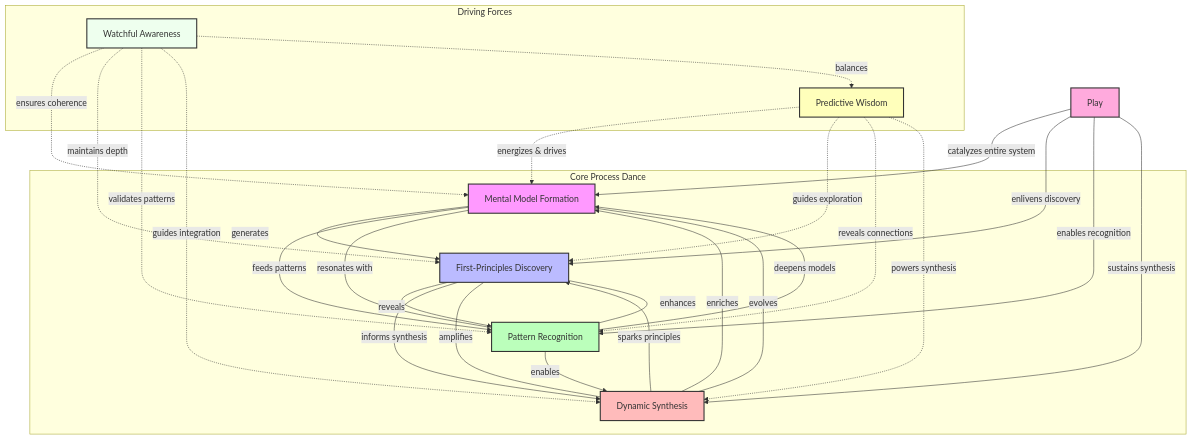
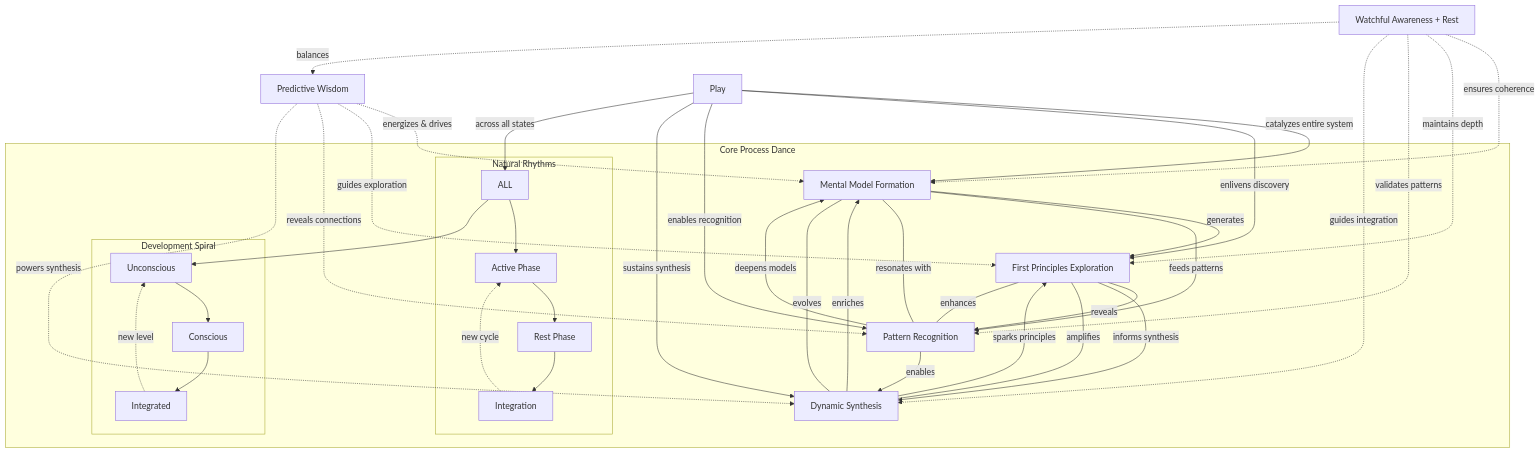
Diagram 13 of 53 in README.md (phillipclapham/neuroweaver), drawn with Mermaid before and after one commit. The commit also changed other lines of this file, not shown here.

````diff
--- a/README.md
+++ b/README.md
@@ -769,48 +858,50 @@
 ```mermaid
 graph TD
     subgraph "Core Process Dance"
-        MM[Mental Model Formation] -->|generates| FP[First-Principles Discovery]
+        MM[Mental Model Formation] -->|generates| FP[First Principles Exploration]
         FP -->|reveals| PR[Pattern Recognition]
         PR -->|enables| DS[Dynamic Synthesis]
         DS -->|enriches| MM
 
         MM -->|feeds patterns| PR
         FP -->|informs synthesis| DS
         PR -->|deepens models| MM
         DS -->|sparks principles| FP
 
         MM ---|resonates with| PR
         FP ---|amplifies| DS
         PR ---|enhances| FP
         DS ---|evolves| MM
+
+        subgraph "Natural Rhythms"
+            ALL --> AC[Active Phase]
+            AC --> RP[Rest Phase]
+            RP --> IP[Integration]
+            IP -.->|new cycle| AC
+        end
+
+        subgraph "Development Spiral"
+            ALL --> U[Unconscious]
+            U --> C[Conscious]
+            C --> I[Integrated]
+            I -.->|new level| U
+        end
     end
 
-    subgraph "Driving Forces"
-        PW[Predictive Wisdom]
-        WA[Watchful Awareness]
-    end
-
-    PW -.->|energizes & drives| MM
+    PW[Predictive Wisdom] -.->|energizes & drives| MM
     PW -.->|guides exploration| FP
     PW -.->|reveals connections| PR
     PW -.->|powers synthesis| DS
 
-    WA -.->|ensures coherence| MM
-    WA -.->|maintains depth| FP
-    WA -.->|validates patterns| PR
-    WA -.->|guides integration| DS
-    WA -.->|balances| PW
+    WA_R[Watchful Awareness + Rest] -.->|ensures coherence| MM
+    WA_R -.->|maintains depth| FP
+    WA_R -.->|validates patterns| PR
+    WA_R -.->|guides integration| DS
+    WA_R -.->|balances| PW
 
-    PL[Play] -->|catalyzes entire system| MM
-    PL -->|enlivens discovery| FP
-    PL -->|enables recognition| PR
-    PL -->|sustains synthesis| DS
-
-    style MM fill:#f9f,stroke:#333,stroke-width:2px
-    style FP fill:#bbf,stroke:#333,stroke-width:2px
-    style PR fill:#bfb,stroke:#333,stroke-width:2px
-    style DS fill:#fbb,stroke:#333,stroke-width:2px
-    style PW fill:#ffb,stroke:#333,stroke-width:2px
-    style WA fill:#efe,stroke:#333,stroke-width:2px
-    style PL fill:#fad,stroke:#333,stroke-width:2px
+    Play[Play] -->|catalyzes entire system| MM
+    Play -->|enlivens discovery| FP
+    Play -->|enables recognition| PR
+    Play -->|sustains synthesis| DS
+    Play -->|across all states| ALL
 ```
````
